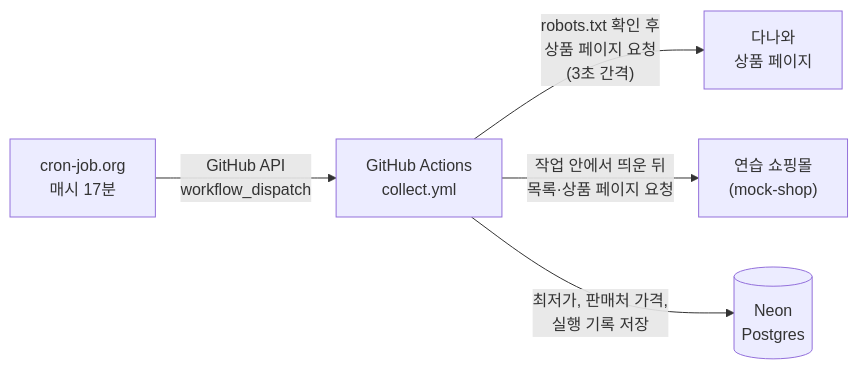
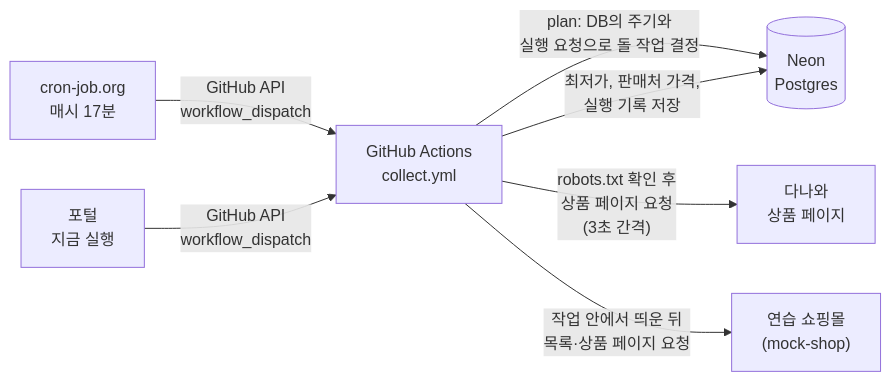
One commit to skrudwns/FlowDeck changed the diagram in README.md. Above: the diagram before and after it, drawn with Mermaid. The commit also changed other lines of this file and 3 other files, not shown here.

````diff
--- a/README.md
+++ b/README.md
@@ -29,7 +29,9 @@
 ```mermaid
 flowchart LR
     cron["cron-job.org<br/>매시 17분"] -->|"GitHub API<br/>workflow_dispatch"| gha["GitHub Actions<br/>collect.yml"]
+    portal["포털<br/>지금 실행"] -->|"GitHub API<br/>workflow_dispatch"| gha
+    gha -->|"plan: DB의 주기와<br/>실행 요청으로 돌 작업 결정"| neon
     gha -->|"robots.txt 확인 후<br/>상품 페이지 요청<br/>(3초 간격)"| danawa["다나와<br/>상품 페이지"]
     gha -->|"작업 안에서 띄운 뒤<br/>목록·상품 페이지 요청"| shop["연습 쇼핑몰<br/>(mock-shop)"]
     gha -->|"최저가, 판매처 가격,<br/>실행 기록 저장"| neon[("Neon<br/>Postgres")]
 ```
````
